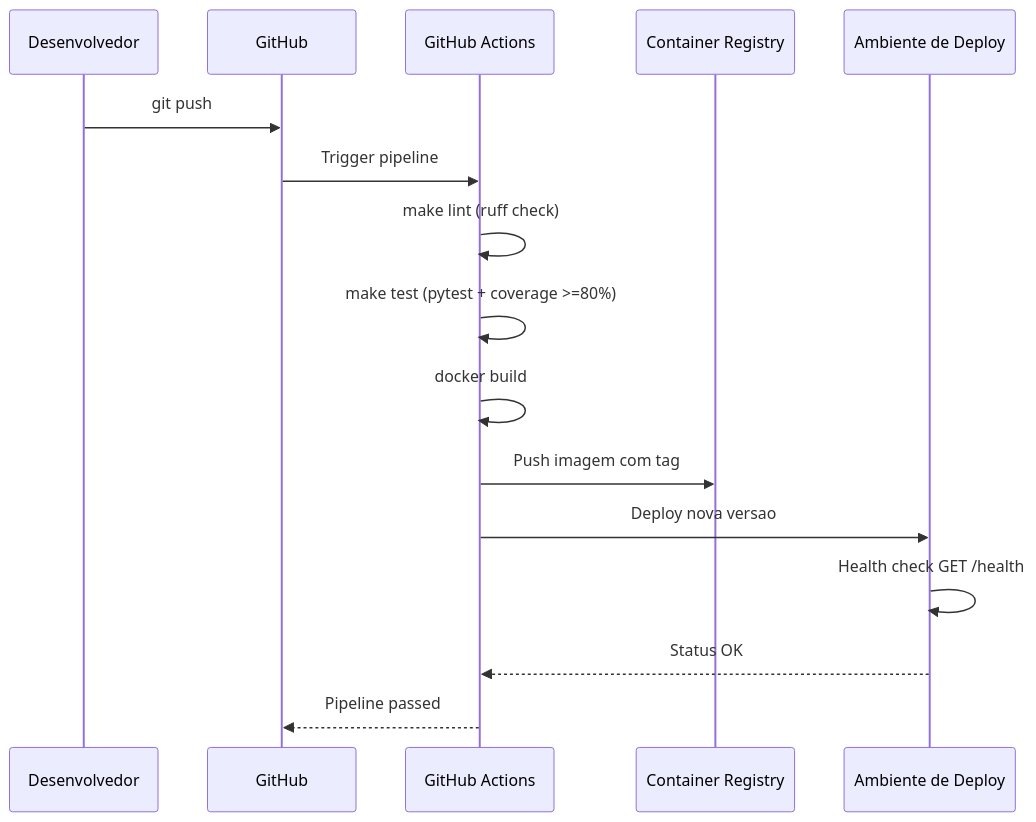
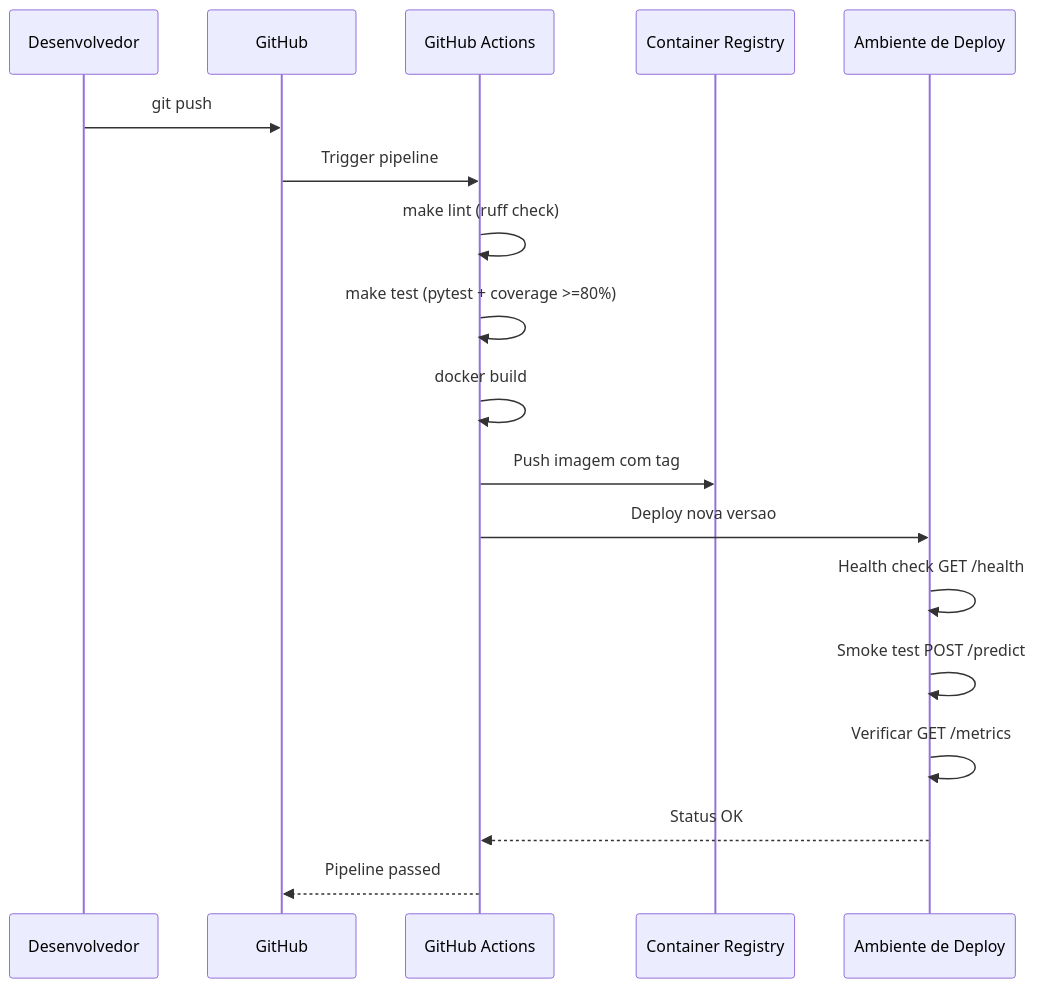
The third of 4 diagrams in docs/ARQUITETURA_DE_DEPLOY.md (G13-MLE/tech-challenge-fase-1), drawn with Mermaid before and after one commit. The commit also changed other lines of this file and 2 other files, not shown here.

First line of the commit message:
docs: documenta arquitetura de deploy e plano de monitoramento (#33)

````diff
--- a/docs/ARQUITETURA_DE_DEPLOY.md
+++ b/docs/ARQUITETURA_DE_DEPLOY.md
@@ -236,19 +351,21 @@
 ```mermaid
 sequenceDiagram
     participant Dev as Desenvolvedor
     participant GH as GitHub
     participant CI as GitHub Actions
     participant Reg as Container Registry
     participant Deploy as Ambiente de Deploy
 
     Dev->>GH: git push
     GH->>CI: Trigger pipeline
     CI->>CI: make lint (ruff check)
     CI->>CI: make test (pytest + coverage >=80%)
     CI->>CI: docker build
     CI->>Reg: Push imagem com tag
     CI->>Deploy: Deploy nova versao
     Deploy->>Deploy: Health check GET /health
+    Deploy->>Deploy: Smoke test POST /predict
+    Deploy->>Deploy: Verificar GET /metrics
     Deploy-->>CI: Status OK
     CI-->>GH: Pipeline passed
 ```
````
